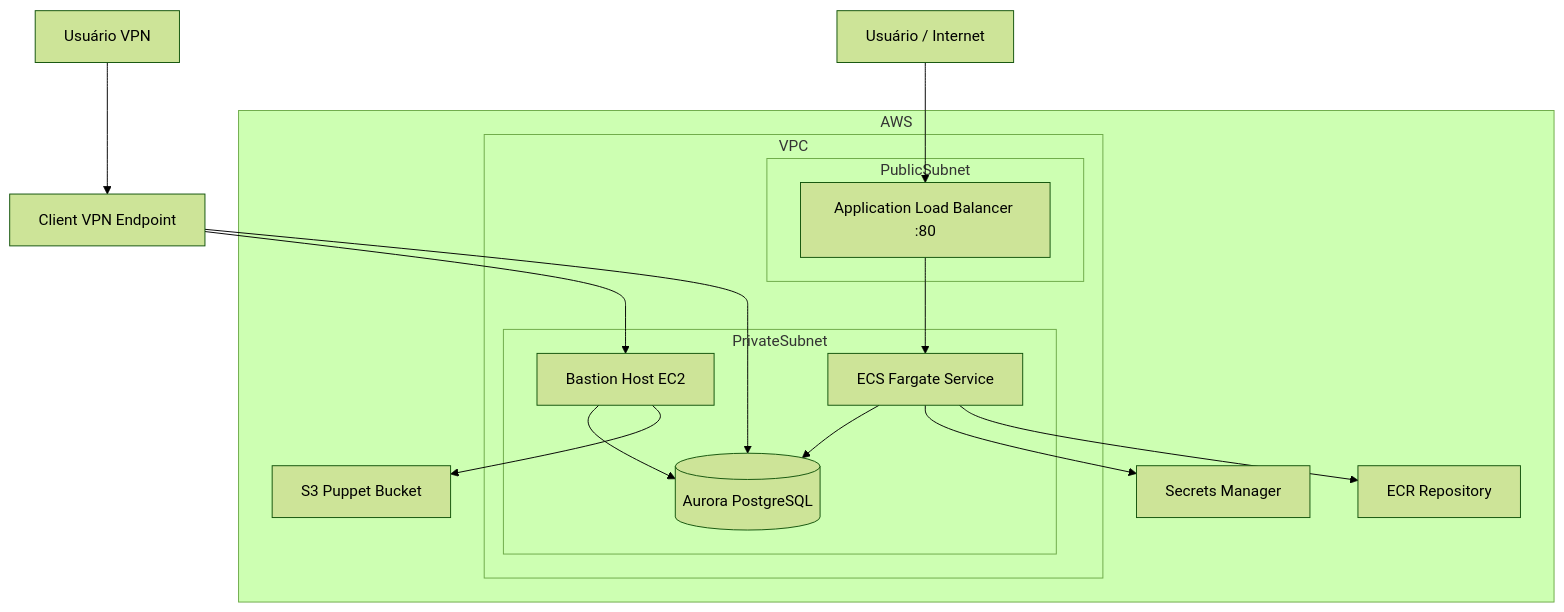
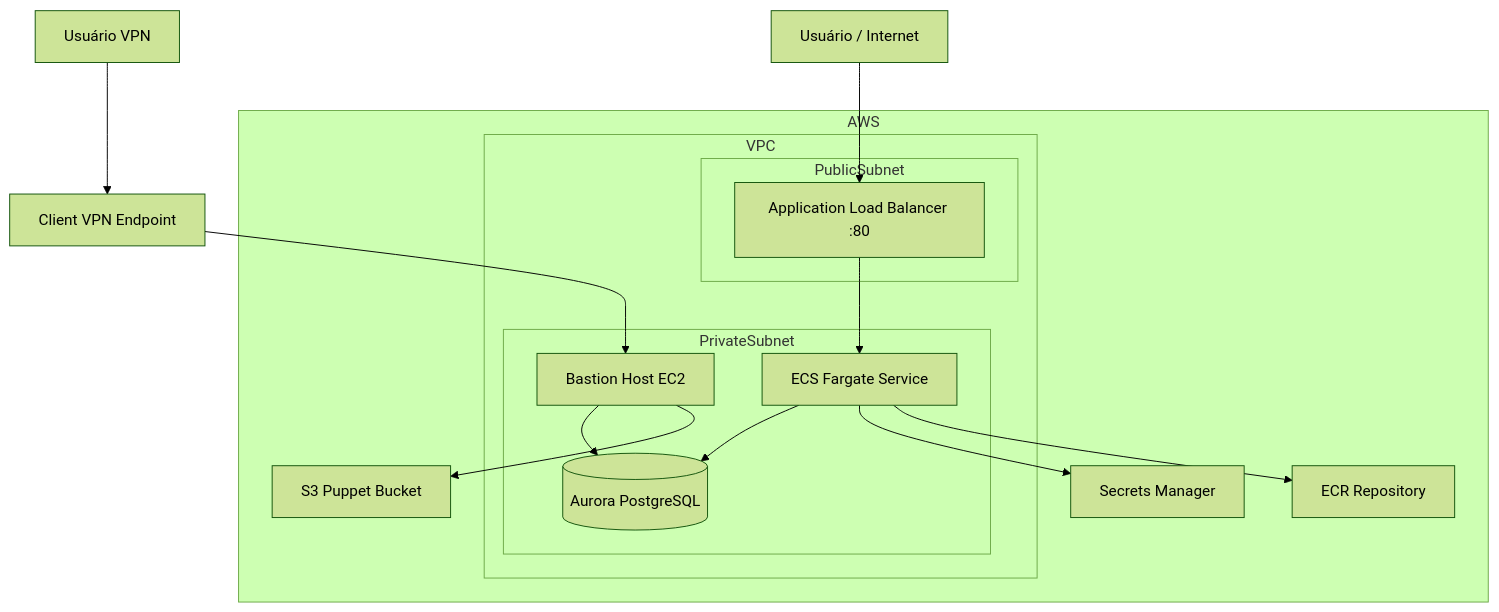
The first of 6 diagrams in README.md (enkumamoto/cdk_infra_test_stacks), drawn with Mermaid (forest theme) before and after one commit. The commit also changed 1 other file, not shown here.

Commit message:
🐞fix: VPN Errors

````diff
--- a/README.md
+++ b/README.md
@@ -17,35 +17,34 @@
 ```mermaid
 flowchart TB
     User[Usuário / Internet] --> ALB[Application Load Balancer :80]
     DevVPN[Usuário VPN] --> VPN[Client VPN Endpoint]
 
     subgraph AWS
         subgraph VPC
             subgraph PublicSubnet
                 ALB
             end
 
             subgraph PrivateSubnet
                 ECS[ECS Fargate Service]
                 Bastion[Bastion Host EC2]
                 RDS[(Aurora PostgreSQL)]
             end
         end
 
         S3[S3 Puppet Bucket]
         ECR[ECR Repository]
         Secrets[Secrets Manager]
     end
 
     VPN --> Bastion
-    VPN --> RDS
 
     ALB --> ECS
     ECS --> RDS
 
     ECS --> Secrets
     Bastion --> RDS
     Bastion --> S3
 
     ECS --> ECR
 ```
````
